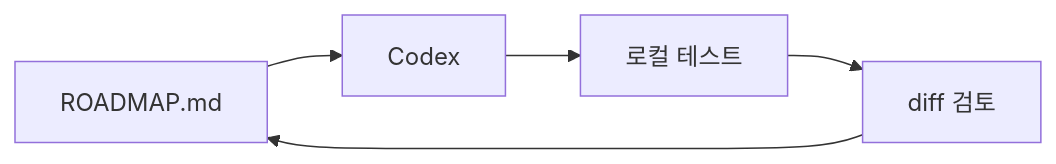
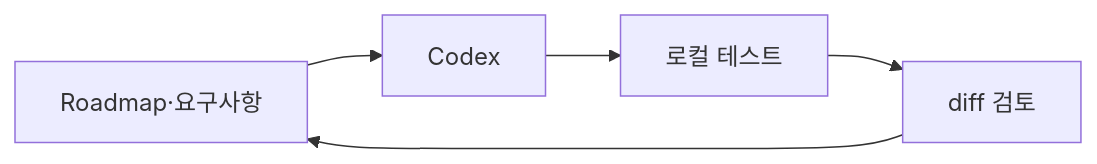
The fifth of 11 diagrams in docs/ai-agent-systems/harness-engineering-codex-hermes-orchestra.md (yjs000/wiki), drawn with Mermaid before and after one commit. The commit also changed other lines of this file and 6 other files, not shown here.

````diff
--- a/docs/ai-agent-systems/harness-engineering-codex-hermes-orchestra.md
+++ b/docs/ai-agent-systems/harness-engineering-codex-hermes-orchestra.md
@@ -421,7 +387,7 @@
 ```mermaid
 flowchart LR
-    R[ROADMAP.md] --> C[Codex]
+    R[Roadmap·요구사항] --> C[Codex]
     C --> T[로컬 테스트]
     T --> D[diff 검토]
     D --> R
 ```
````
